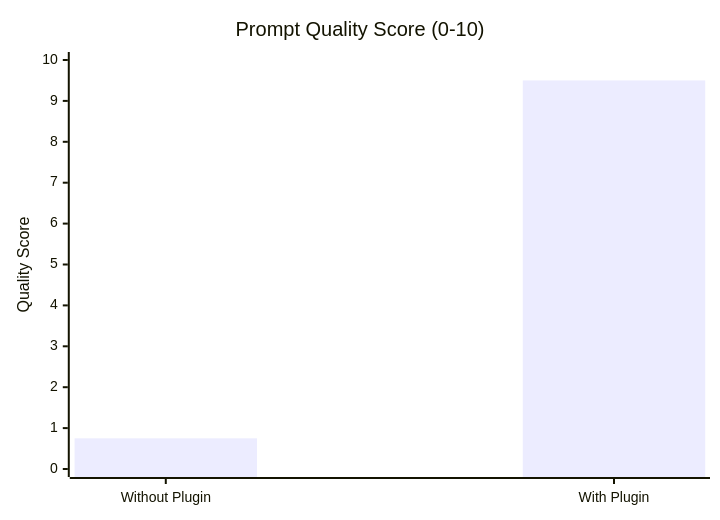
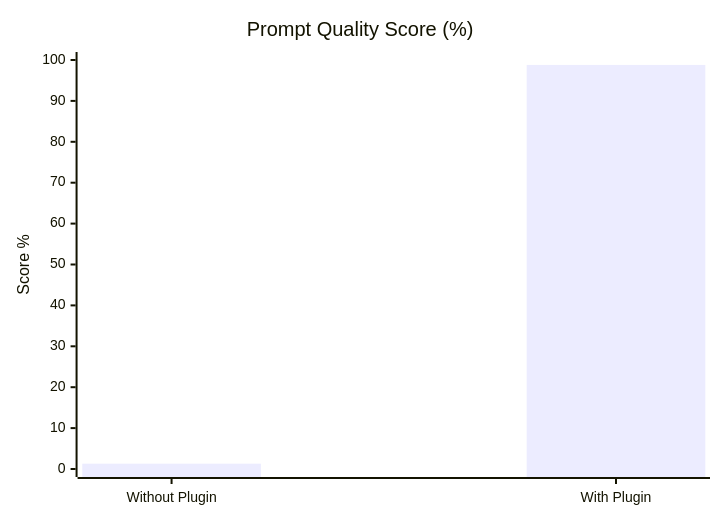
Before and after one commit to yzamari/10x-architect-marketplace: the seventh of 8 diagrams in README.md, drawn with Mermaid. The commit also changed other lines of this file and 8 other files, not shown here.

````diff
--- a/README.md
+++ b/README.md
@@ -587,7 +599,7 @@
 ```mermaid
 xychart-beta
-    title "Prompt Quality Score (0-10)"
+    title "Prompt Quality Score (%)"
     x-axis ["Without Plugin", "With Plugin"]
-    y-axis "Quality Score" 0 --> 10
-    bar [0.75, 9.5]
+    y-axis "Score %" 0 --> 100
+    bar [1.3, 98.8]
 ```
````
